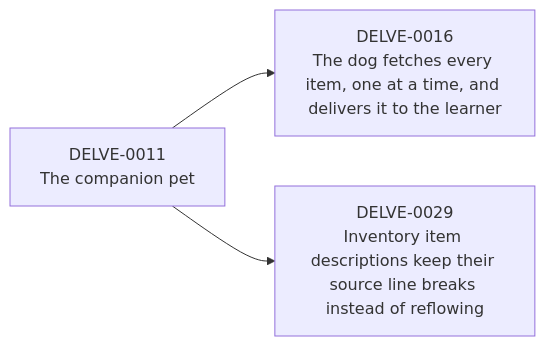
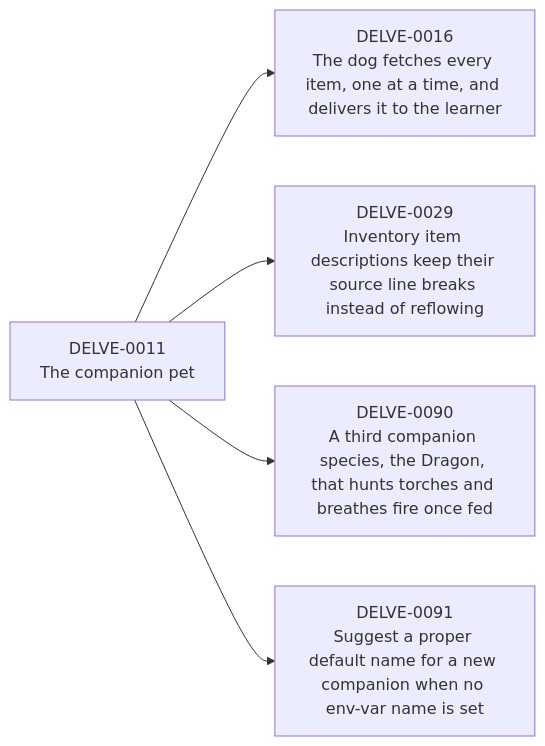
Before and after one commit to mo6/delve: the second of 6 diagrams in issues/README.md, drawn with Mermaid. The commit also changed other lines of this file and 8 other files, not shown here.

````diff
--- a/issues/README.md
+++ b/issues/README.md
@@ -246,8 +254,12 @@
 ```mermaid
 flowchart LR
     DELVE_0011["DELVE-0011<br/>The companion pet"]
     DELVE_0016["DELVE-0016<br/>The dog fetches every item, one at a time, and delivers it to the learner"]
     DELVE_0011 --> DELVE_0016
     DELVE_0029["DELVE-0029<br/>Inventory item descriptions keep their source line breaks instead of reflowing"]
     DELVE_0011 --> DELVE_0029
+    DELVE_0090["DELVE-0090<br/>A third companion species, the Dragon, that hunts torches and breathes fire once fed"]
+    DELVE_0011 --> DELVE_0090
+    DELVE_0091["DELVE-0091<br/>Suggest a proper default name for a new companion when no env-var name is set"]
+    DELVE_0011 --> DELVE_0091
 ```
````
